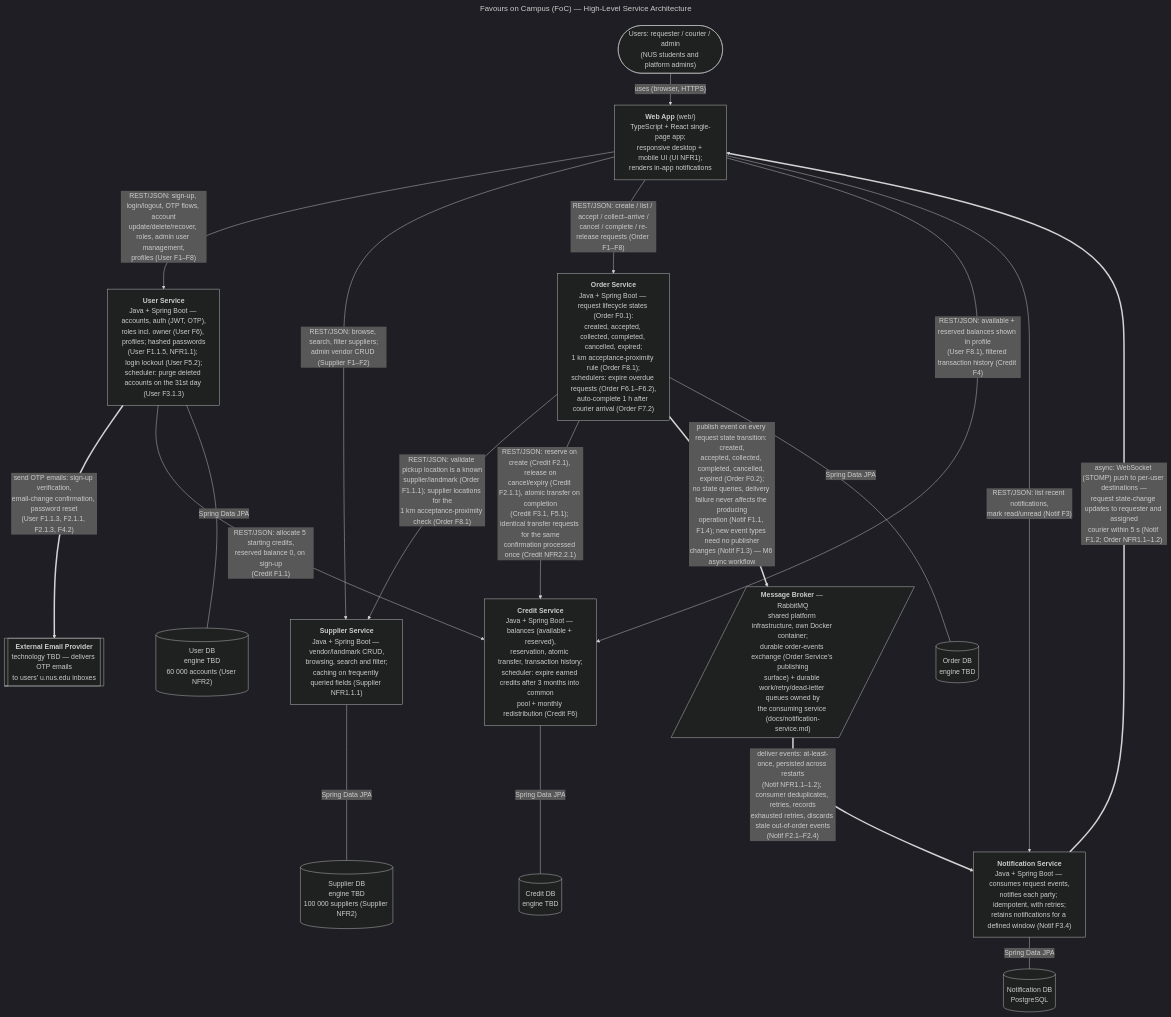
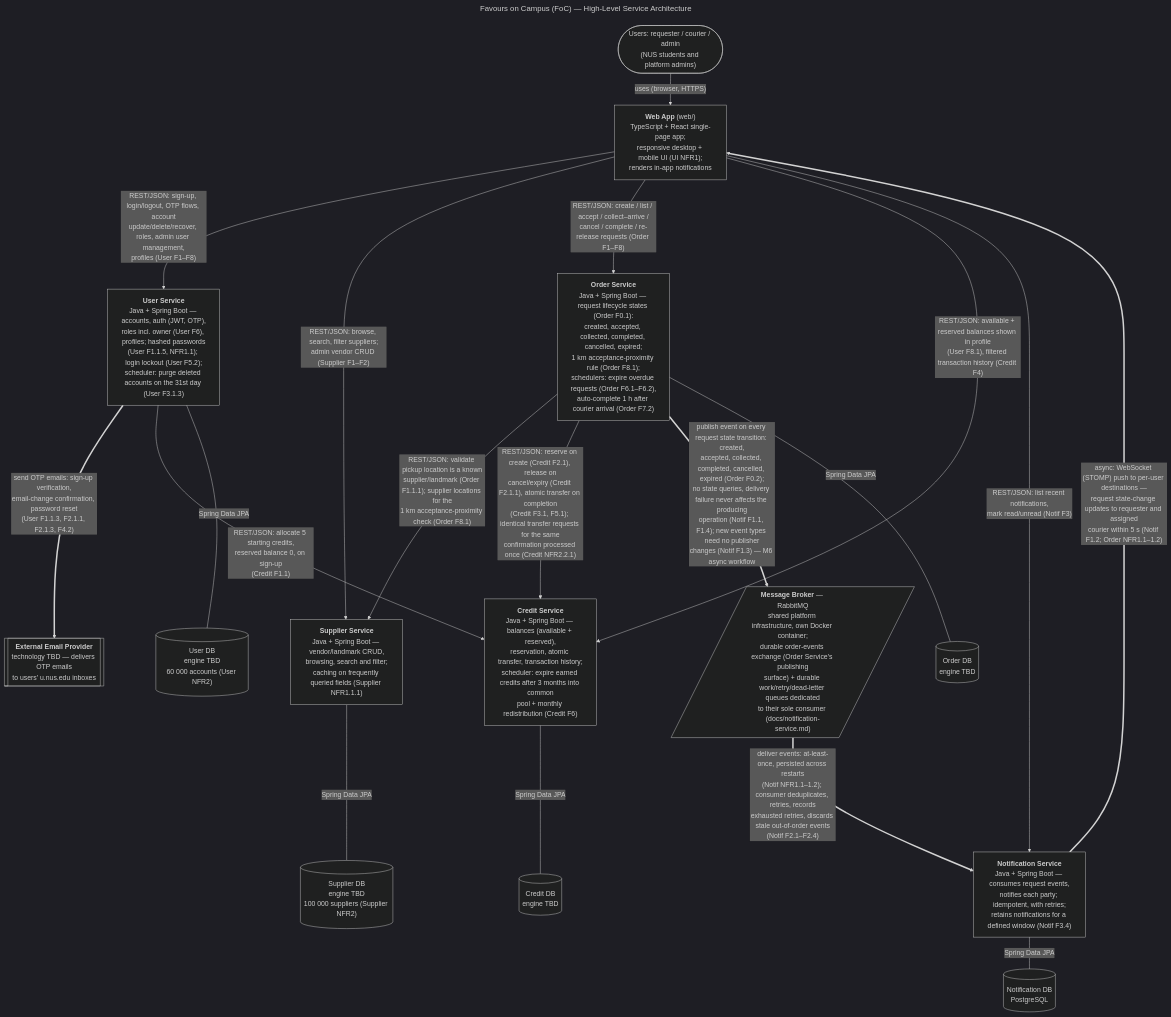
One commit to AY2627S1-CS3219-P23/foc changed the diagram in docs/architecture.mmd. Above: the diagram before and after it, drawn with Mermaid (dark theme). The commit also changed 3 other files, not shown here.

```diff
--- a/docs/architecture.mmd
+++ b/docs/architecture.mmd
@@ -1,57 +1,57 @@
 ---
 title: "Favours on Campus (FoC) — High-Level Service Architecture"
 ---
 %% AI-assisted (CS3219 AI Usage Policy disclosure):
 %% Tool: Claude Code (Fable 5), 2026-09-14; revised 2026-09-15, 2026-09-18
 %% (backlog realignment, then folding in the team's notification-design
 %% decisions: RabbitMQ broker, WebSocket/STOMP client push, PostgreSQL
 %% notification DB — decided by Leong Wei Zhi, 2026-09-15/18, per
 %% docs/notification-service.md).
 %% Scope: transcribed the team-decided architecture (AGENTS.md service
 %% boundaries + D1 requirements) into this diagram, and re-aligned edge
 %% labels/relationships with the latest D1 backlog (Template-7): chat and
 %% admin credit adjustment moved to nice-to-haves (out of diagram scope),
 %% Order F0/F8 renumbering, Credit F6 redistribution, Supplier caching.
 %% No design decisions were made by the tool; open decisions are marked
 %% "TBD" for the team.
 %% Reviewed by: Leong Wei Zhi (via pull request).
 %% Legend and dependency table: see docs/architecture.md
 flowchart TB
     USERS(["Users: requester / courier / admin<br/>(NUS students and platform admins)"])
     WEB["<b>Web App</b> (web/)<br/>TypeScript + React single-page app;<br/>responsive desktop + mobile UI (UI NFR1);<br/>renders in-app notifications"]
 
     USERS -->|"uses (browser, HTTPS)"| WEB
 
     USER_SVC["<b>User Service</b><br/>Java + Spring Boot — accounts, auth (JWT, OTP),<br/>roles incl. owner (User F6), profiles; hashed passwords<br/>(User F1.1.5, NFR1.1); login lockout (User F5.2);<br/>scheduler: purge deleted accounts on the 31st day (User F3.1.3)"]
     SUP_SVC["<b>Supplier Service</b><br/>Java + Spring Boot — vendor/landmark CRUD,<br/>browsing, search and filter;<br/>caching on frequently queried fields (Supplier NFR1.1.1)"]
     ORDER_SVC["<b>Order Service</b><br/>Java + Spring Boot — request lifecycle states (Order F0.1):<br/>created, accepted, collected, completed, cancelled, expired;<br/>1 km acceptance-proximity rule (Order F8.1);<br/>schedulers: expire overdue requests (Order F6.1–F6.2),<br/>auto-complete 1 h after courier arrival (Order F7.2)"]
     CREDIT_SVC["<b>Credit Service</b><br/>Java + Spring Boot — balances (available + reserved),<br/>reservation, atomic transfer, transaction history;<br/>scheduler: expire earned credits after 3 months into common<br/>pool + monthly redistribution (Credit F6)"]
     NOTIF_SVC["<b>Notification Service</b><br/>Java + Spring Boot — consumes request events,<br/>notifies each party; idempotent, with retries;<br/>retains notifications for a defined window (Notif F3.4)"]
-    BROKER[/"<b>Message Broker</b> — RabbitMQ<br/>shared platform infrastructure, own Docker container;<br/>durable order-events exchange (Order Service's publishing<br/>surface) + durable work/retry/dead-letter queues owned by<br/>the consuming service (docs/notification-service.md)"/]
+    BROKER[/"<b>Message Broker</b> — RabbitMQ<br/>shared platform infrastructure, own Docker container;<br/>durable order-events exchange (Order Service's publishing<br/>surface) + durable work/retry/dead-letter queues dedicated<br/>to their sole consumer (docs/notification-service.md)"/]
     EMAIL[["<b>External Email Provider</b><br/>technology TBD — delivers OTP emails<br/>to users' u.nus.edu inboxes"]]
 
     WEB -->|"REST/JSON: sign-up, login/logout, OTP flows, account<br/>update/delete/recover, roles, admin user management,<br/>profiles (User F1–F8)"| USER_SVC
     WEB -->|"REST/JSON: browse, search, filter suppliers;<br/>admin vendor CRUD (Supplier F1–F2)"| SUP_SVC
     WEB -->|"REST/JSON: create / list / accept / collect–arrive /<br/>cancel / complete / re-release requests (Order F1–F8)"| ORDER_SVC
     WEB -->|"REST/JSON: available + reserved balances shown in profile<br/>(User F8.1), filtered transaction history (Credit F4)"| CREDIT_SVC
     WEB -->|"REST/JSON: list recent notifications,<br/>mark read/unread (Notif F3)"| NOTIF_SVC
     NOTIF_SVC ==>|"async: WebSocket (STOMP) push to per-user destinations —<br/>request state-change updates to requester and assigned<br/>courier within 5 s (Notif F1.2; Order NFR1.1–1.2)"| WEB
 
     USER_SVC ==>|"send OTP emails: sign-up verification,<br/>email-change confirmation, password reset<br/>(User F1.1.3, F2.1.1, F2.1.3, F4.2)"| EMAIL
     USER_SVC -->|"REST/JSON: allocate 5 starting credits,<br/>reserved balance 0, on sign-up<br/>(Credit F1.1)"| CREDIT_SVC
     ORDER_SVC -->|"REST/JSON: validate pickup location is a known<br/>supplier/landmark (Order F1.1.1); supplier locations for the<br/>1 km acceptance-proximity check (Order F8.1)"| SUP_SVC
     ORDER_SVC -->|"REST/JSON: reserve on create (Credit F2.1), release on<br/>cancel/expiry (Credit F2.1.1), atomic transfer on completion<br/>(Credit F3.1, F5.1); identical transfer requests for the same<br/>confirmation processed once (Credit NFR2.2.1)"| CREDIT_SVC
     ORDER_SVC ==>|"publish event on every request state transition: created,<br/>accepted, collected, completed, cancelled, expired (Order F0.2);<br/>no state queries, delivery failure never affects the producing<br/>operation (Notif F1.1, F1.4); new event types need no publisher<br/>changes (Notif F1.3) — M6 async workflow"| BROKER
     BROKER ==>|"deliver events: at-least-once, persisted across restarts<br/>(Notif NFR1.1–1.2); consumer deduplicates, retries, records<br/>exhausted retries, discards stale out-of-order events<br/>(Notif F2.1–F2.4)"| NOTIF_SVC
 
     USER_DB[("User DB<br/>engine TBD<br/>60 000 accounts (User NFR2)")]
     SUP_DB[("Supplier DB<br/>engine TBD<br/>100 000 suppliers (Supplier NFR2)")]
     ORDER_DB[("Order DB<br/>engine TBD")]
     CREDIT_DB[("Credit DB<br/>engine TBD")]
     NOTIF_DB[("Notification DB<br/>PostgreSQL")]
 
     USER_SVC ---|"Spring Data JPA"| USER_DB
     SUP_SVC ---|"Spring Data JPA"| SUP_DB
     ORDER_SVC ---|"Spring Data JPA"| ORDER_DB
     CREDIT_SVC ---|"Spring Data JPA"| CREDIT_DB
     NOTIF_SVC ---|"Spring Data JPA"| NOTIF_DB
```
